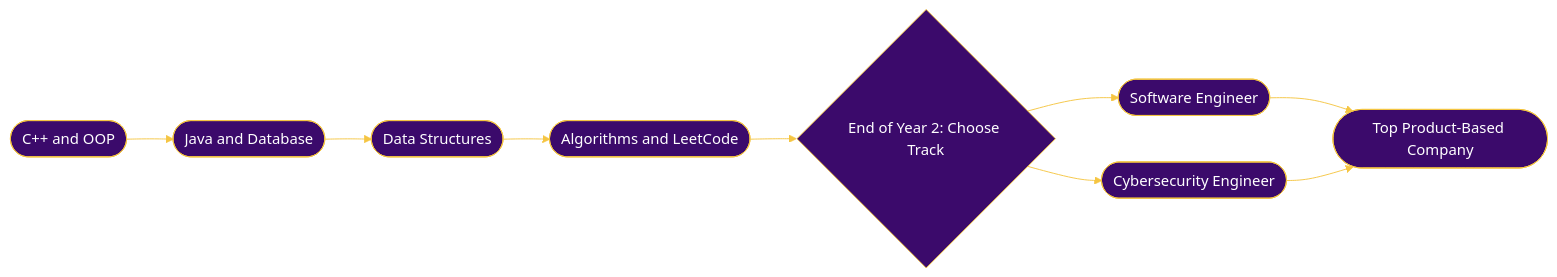
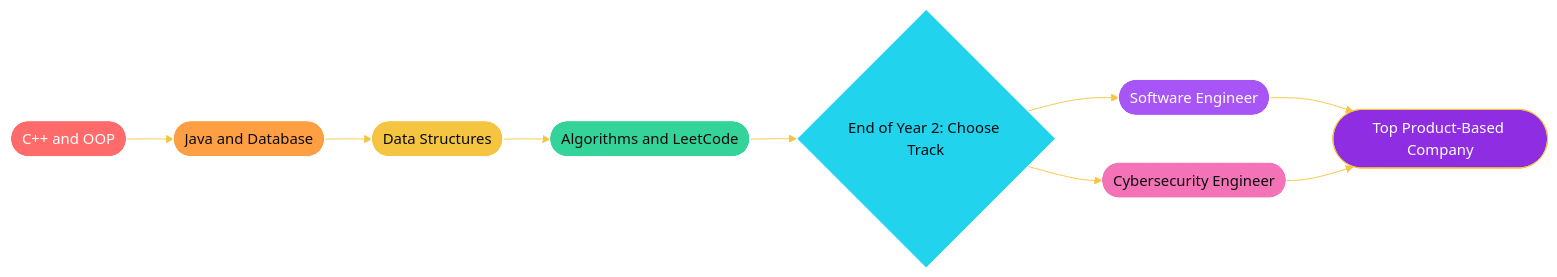
One commit to ShorifUddin64/ShorifUddin64 changed the second of 3 diagrams in README.md. Above: the diagram before and after it, drawn with Mermaid. The commit also changed other lines of this file, not shown here.

````diff
--- a/README.md
+++ b/README.md
@@ -240,12 +264,20 @@
 ```mermaid
-%%{init: {'theme':'base','themeVariables':{'primaryColor':'#3B0A6B','primaryTextColor':'#FFFFFF','primaryBorderColor':'#F5C542','lineColor':'#F5C542','secondaryColor':'#0B0B0F','tertiaryColor':'#0B0B0F','fontFamily':'monospace'}}}%%
+%%{init: {'theme':'base','themeVariables':{'lineColor':'#F5C542','fontFamily':'monospace'}}}%%
 flowchart LR
     A([C++ and OOP]) --> B([Java and Database])
     B --> C([Data Structures])
     C --> D([Algorithms and LeetCode])
     D --> E{End of Year 2: Choose Track}
     E --> F([Software Engineer])
     E --> G([Cybersecurity Engineer])
     F --> H([Top Product-Based Company])
     G --> H
+    style A fill:#FF6B6B,stroke:#ffffff,color:#ffffff
+    style B fill:#FF9F43,stroke:#ffffff,color:#0B0B0F
+    style C fill:#F5C542,stroke:#ffffff,color:#0B0B0F
+    style D fill:#34D399,stroke:#ffffff,color:#0B0B0F
+    style E fill:#22D3EE,stroke:#ffffff,color:#0B0B0F
+    style F fill:#A855F7,stroke:#ffffff,color:#ffffff
+    style G fill:#F472B6,stroke:#ffffff,color:#0B0B0F
+    style H fill:#8E2DE2,stroke:#F5C542,color:#ffffff
 ```
````
